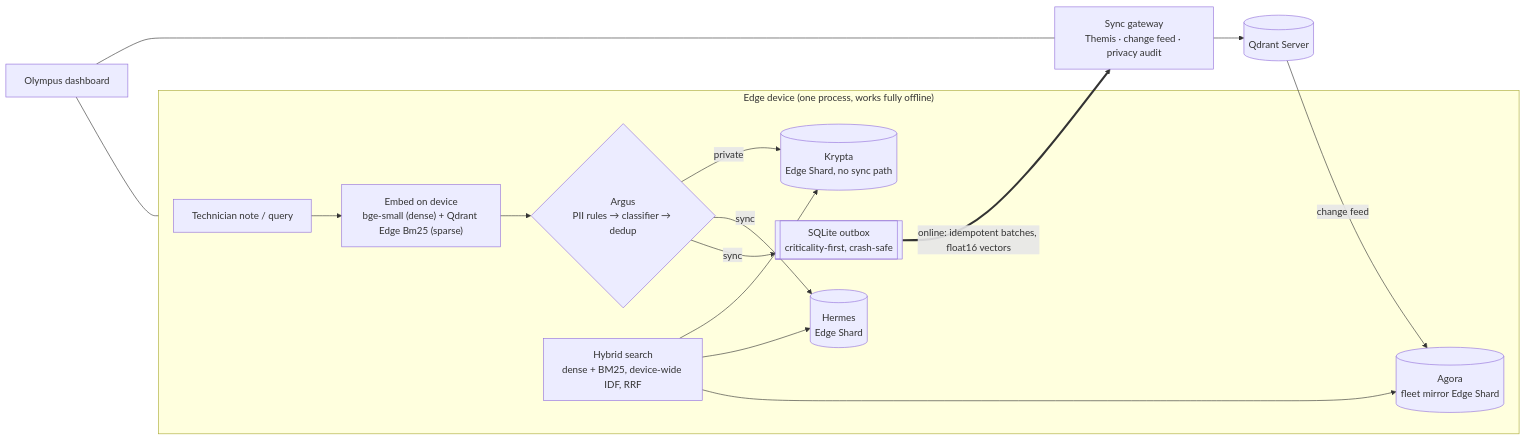
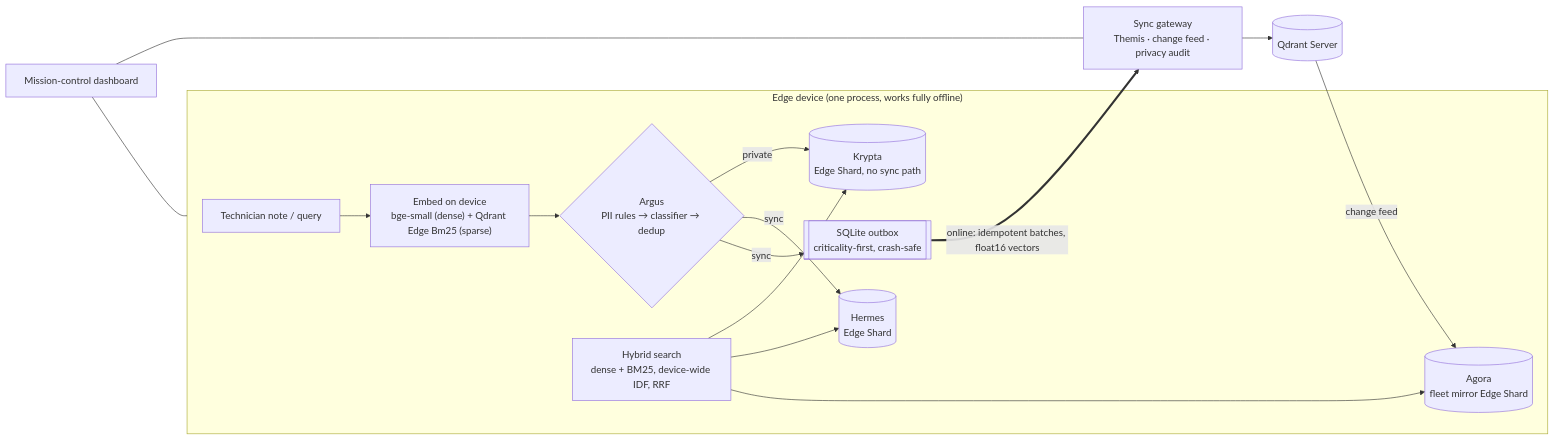
Before and after one commit to SanTiwari07/Smaran: the diagram in README.md, drawn with Mermaid. The commit also changed other lines of this file and 5 other files, not shown here.

````diff
--- a/README.md
+++ b/README.md
@@ -25,17 +39,17 @@
 ```mermaid
 flowchart LR
   subgraph DEV["Edge device (one process, works fully offline)"]
     N["Technician note / query"] --> E["Embed on device<br/>bge-small (dense) + Qdrant Edge Bm25 (sparse)"]
     E --> R{"Argus<br/>PII rules → classifier → dedup"}
     R -- private --> K[("Krypta<br/>Edge Shard, no sync path")]
     R -- sync --> H[("Hermes<br/>Edge Shard")]
     R -- sync --> O[["SQLite outbox<br/>criticality-first, crash-safe"]]
     A[("Agora<br/>fleet mirror Edge Shard")]
     S["Hybrid search<br/>dense + BM25, device-wide IDF, RRF"] --> K & H & A
   end
   O == "online: idempotent batches, float16 vectors" ==> G["Sync gateway<br/>Themis · change feed · privacy audit"]
   G --> Q[("Qdrant Server")]
   Q -- "change feed" --> A
-  D["Olympus dashboard"] --- DEV
+  D["Mission-control dashboard"] --- DEV
   D --- G
 ```
````
